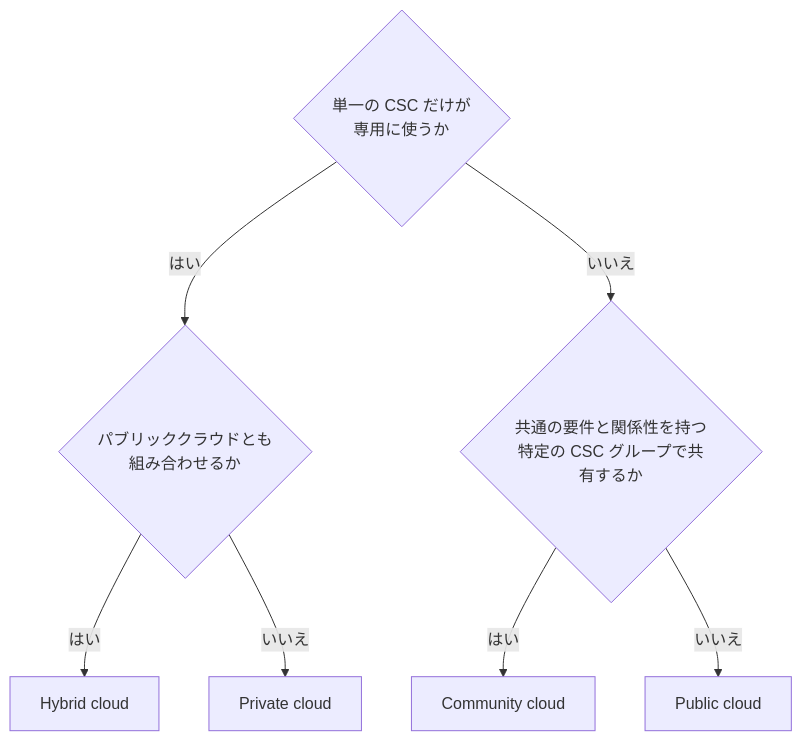
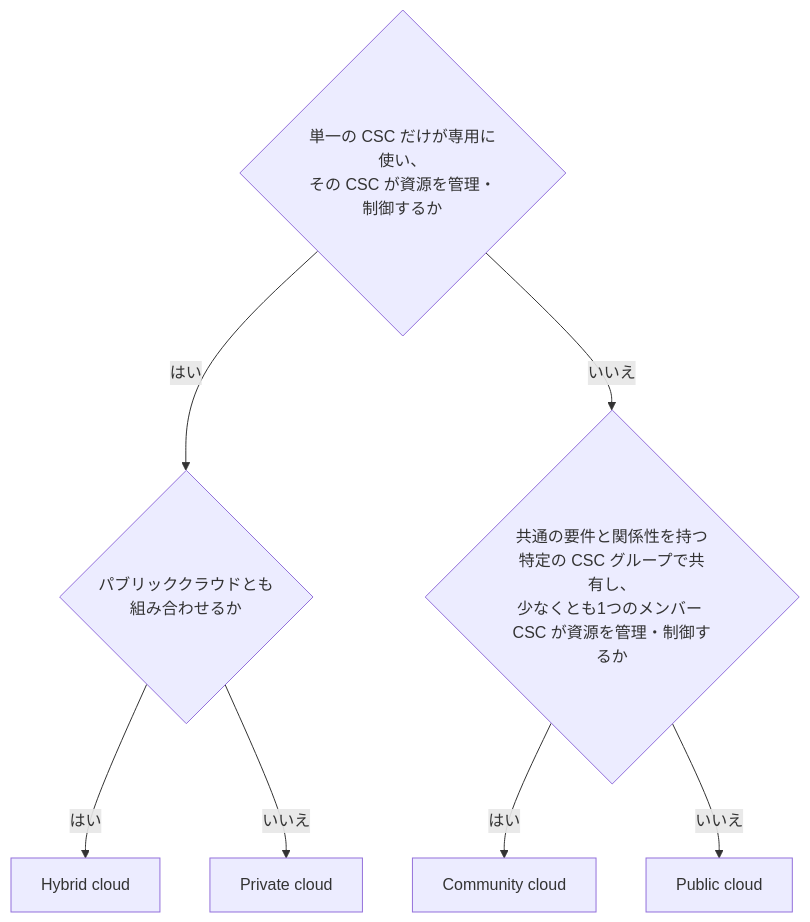
The eighth of 14 diagrams in Iso-iec-22123-2-guide.md (myoshi2891/Cloud-Infrastructure-and-Network-Studies), drawn with Mermaid before and after one commit. The commit also changed other lines of this file and 6 other files, not shown here.

````diff
--- a/Iso-iec-22123-2-guide.md
+++ b/Iso-iec-22123-2-guide.md
@@ -485,16 +485,16 @@
 ```mermaid
 flowchart TD
-    M1{"単一の CSC だけが<br/>専用に使うか"}
-    M2{"共通の要件と関係性を持つ<br/>特定の CSC グループで共有するか"}
+    M1{"単一の CSC だけが専用に使い、<br/>その CSC が資源を管理・制御するか"}
+    M2{"共通の要件と関係性を持つ特定の CSC グループで共有し、<br/>少なくとも1つのメンバー CSC が資源を管理・制御するか"}
     M3{"パブリッククラウドとも<br/>組み合わせるか"}
     P1["Private cloud"]
     P2["Community cloud"]
     P3["Hybrid cloud"]
     P4["Public cloud"]
     M1 -->|"はい"| M3
     M1 -->|"いいえ"| M2
     M2 -->|"はい"| P2
     M2 -->|"いいえ"| P4
     M3 -->|"はい"| P3
     M3 -->|"いいえ"| P1
 ```
````
